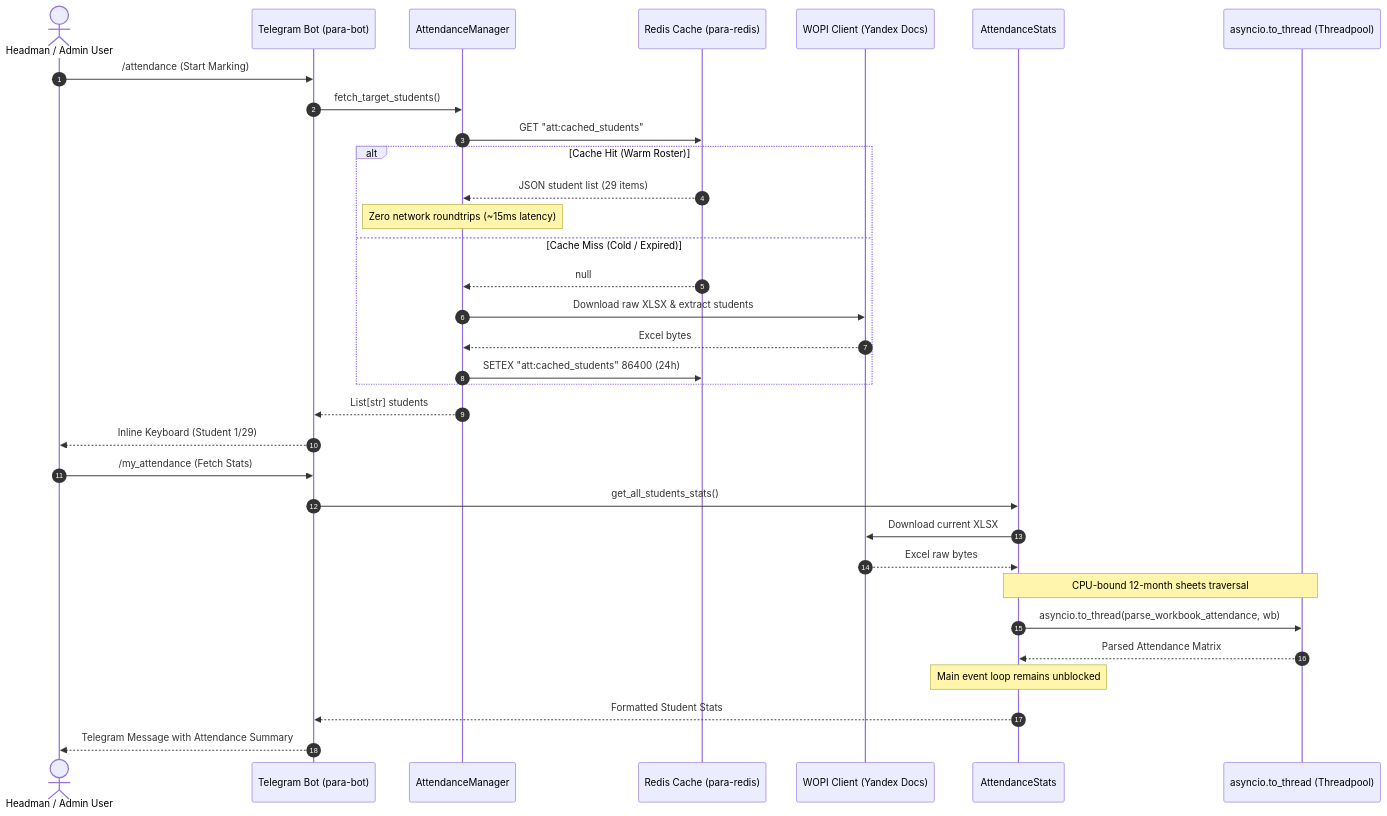
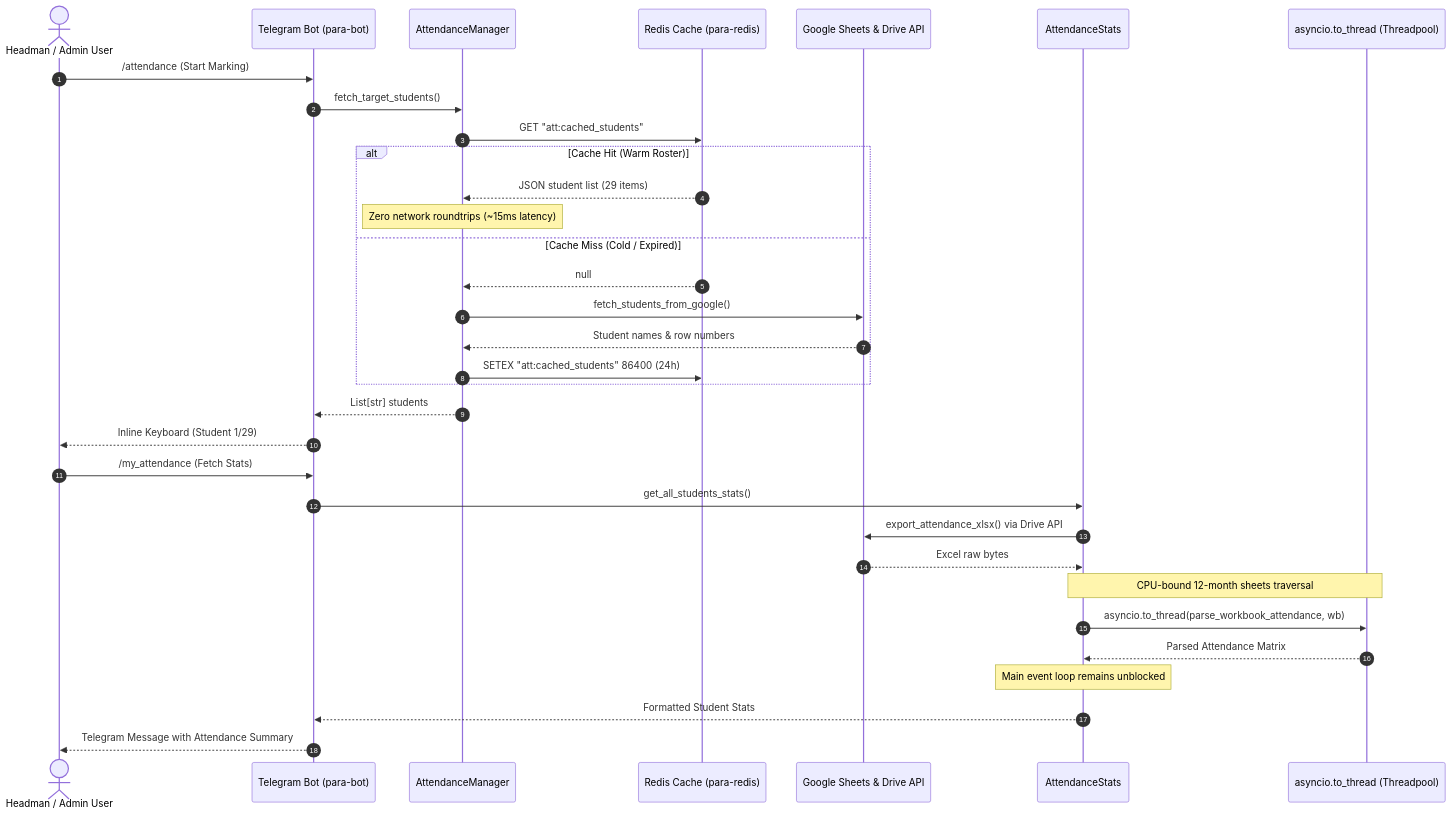
Before and after one commit to Utkautka1/para: diagram 33 of 55 in docs/UML.md, drawn with Mermaid. The commit also changed other lines of this file and 49 other files, not shown here.

Commit message:
feat(attendance): migrate from yandex docs to google sheets and drive api

````diff
--- a/docs/UML.md
+++ b/docs/UML.md
@@ -2471,37 +2454,37 @@
 ```mermaid
 sequenceDiagram
     autonumber
     actor Headman as Headman / Admin User
     participant Bot as Telegram Bot (para-bot)
     participant AttMgr as AttendanceManager
     participant Redis as Redis Cache (para-redis)
-    participant Wopi as WOPI Client (Yandex Docs)
+    participant GoogleSheets as Google Sheets & Drive API
     participant StatsMgr as AttendanceStats
     participant WorkerThread as asyncio.to_thread (Threadpool)
 
     Headman->>Bot: /attendance (Start Marking)
     Bot->>AttMgr: fetch_target_students()
     AttMgr->>Redis: GET "att:cached_students"
     alt Cache Hit (Warm Roster)
         Redis-->>AttMgr: JSON student list (29 items)
         Note over AttMgr: Zero network roundtrips (~15ms latency)
     else Cache Miss (Cold / Expired)
         Redis-->>AttMgr: null
-        AttMgr->>Wopi: Download raw XLSX & extract students
-        Wopi-->>AttMgr: Excel bytes
+        AttMgr->>GoogleSheets: fetch_students_from_google()
+        GoogleSheets-->>AttMgr: Student names & row numbers
         AttMgr->>Redis: SETEX "att:cached_students" 86400 (24h)
     end
     AttMgr-->>Bot: List[str] students
     Bot-->>Headman: Inline Keyboard (Student 1/29)
 
     Headman->>Bot: /my_attendance (Fetch Stats)
     Bot->>StatsMgr: get_all_students_stats()
-    StatsMgr->>Wopi: Download current XLSX
-    Wopi-->>StatsMgr: Excel raw bytes
+    StatsMgr->>GoogleSheets: export_attendance_xlsx() via Drive API
+    GoogleSheets-->>StatsMgr: Excel raw bytes
     Note over StatsMgr,WorkerThread: CPU-bound 12-month sheets traversal
     StatsMgr->>WorkerThread: asyncio.to_thread(parse_workbook_attendance, wb)
     WorkerThread-->>StatsMgr: Parsed Attendance Matrix
     Note over StatsMgr: Main event loop remains unblocked
     StatsMgr-->>Bot: Formatted Student Stats
     Bot-->>Headman: Telegram Message with Attendance Summary
 ```
````
